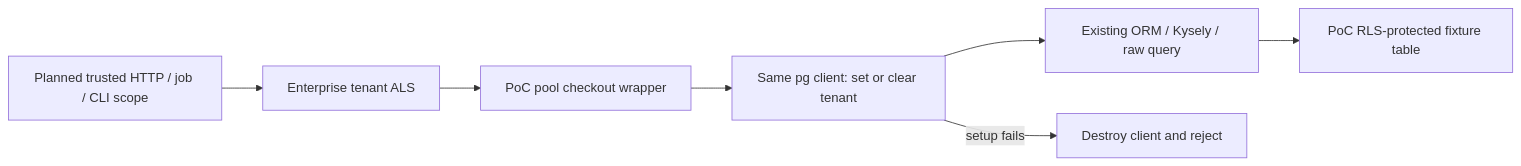
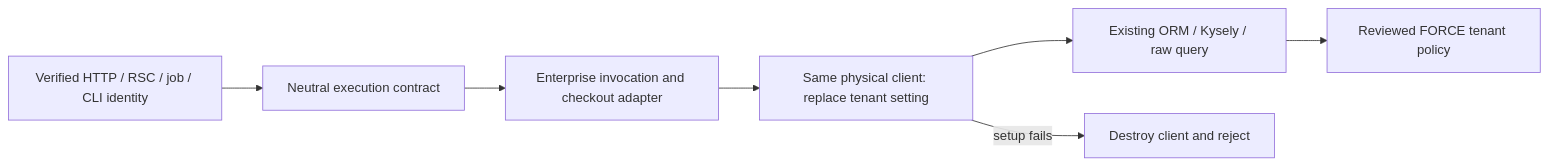
Before and after one commit to open-mercato/open-mercato: the diagram in .ai/specs/enterprise/2026-11-12-row-level-security.md, drawn with Mermaid. The commit also changed other lines of this file and 2 other files, not shown here.

Commit message:
Document implemented RLS architecture and live storage acceptance

````diff
--- a/.ai/specs/enterprise/2026-11-12-row-level-security.md
+++ b/.ai/specs/enterprise/2026-11-12-row-level-security.md
@@ -69,9 +69,9 @@
 ```mermaid
 flowchart LR
-  A[Planned trusted HTTP / job / CLI scope] --> B[Enterprise tenant ALS]
-  B --> C[PoC pool checkout wrapper]
-  C --> D[Same pg client: set or clear tenant]
+  A[Verified HTTP / RSC / job / CLI identity] --> B[Neutral execution contract]
+  B --> C[Enterprise invocation and checkout adapter]
+  C --> D[Same physical client: replace tenant setting]
   D --> E[Existing ORM / Kysely / raw query]
-  E --> F[PoC RLS-protected fixture table]
+  E --> F[Reviewed FORCE tenant policy]
   D -->|setup fails| G[Destroy client and reject]
 ```
````
